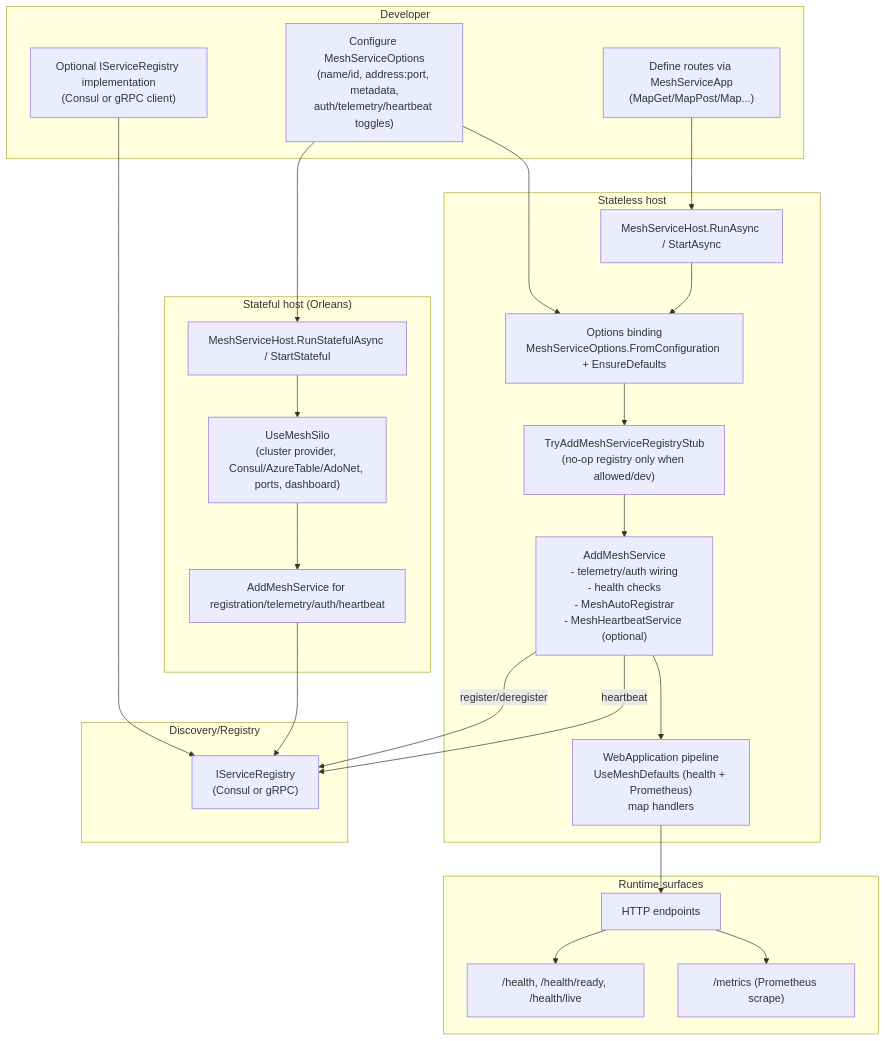
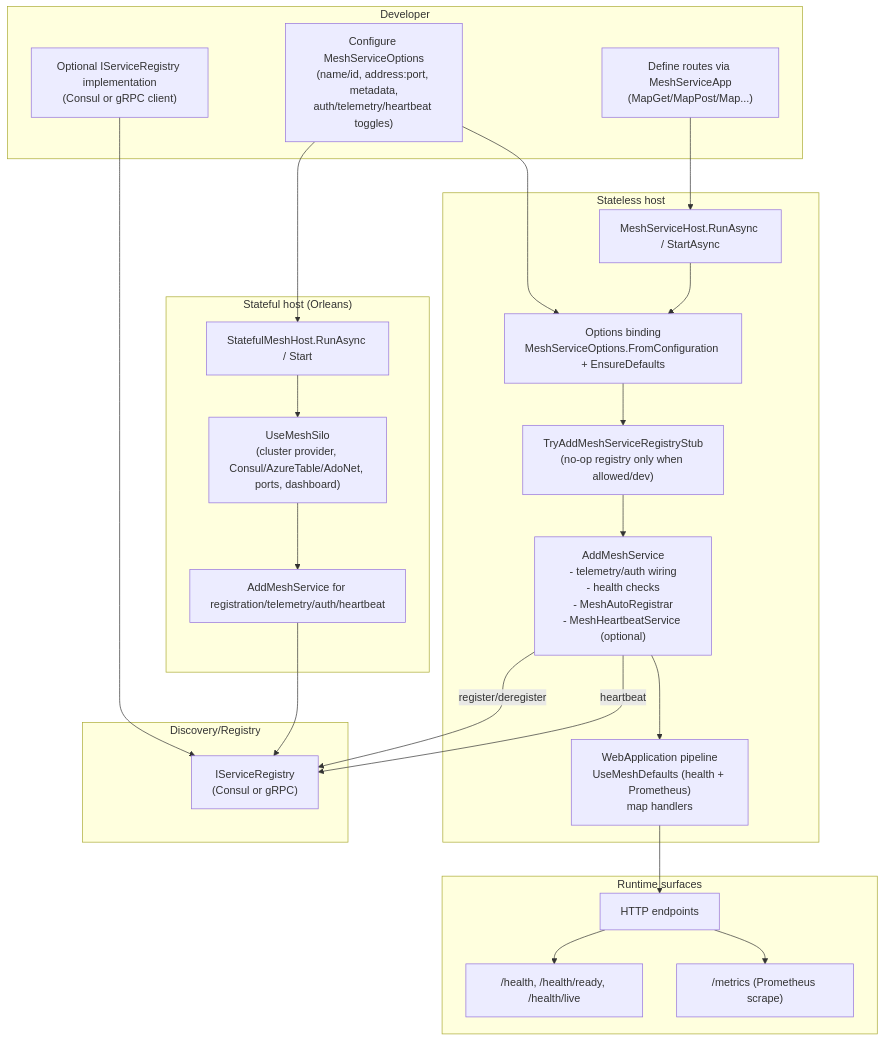
The diagram in docs/meshservicehost-diagram.md (abstractivemachines/toska-mesh-cs), drawn with Mermaid before and after one commit. The commit also changed 16 other files, not shown here.

````diff
--- a/docs/meshservicehost-diagram.md
+++ b/docs/meshservicehost-diagram.md
@@ -3,44 +3,44 @@
 ```mermaid
 flowchart TD
     subgraph Developer
         D1["Define routes via MeshServiceApp\n(MapGet/MapPost/Map...)"]
         D2["Configure MeshServiceOptions\n(name/id, address:port, metadata,\nauth/telemetry/heartbeat toggles)"]
         D3["Optional IServiceRegistry implementation\n(Consul or gRPC client)"]
     end
 
     subgraph "Stateless host"
         S1["MeshServiceHost.RunAsync / StartAsync"]
         S2["Options binding\nMeshServiceOptions.FromConfiguration + EnsureDefaults"]
         S3["TryAddMeshServiceRegistryStub\n(no-op registry only when allowed/dev)"]
         S4["AddMeshService\n- telemetry/auth wiring\n- health checks\n- MeshAutoRegistrar\n- MeshHeartbeatService (optional)"]
         S5["WebApplication pipeline\nUseMeshDefaults (health + Prometheus)\nmap handlers"]
     end
 
     subgraph "Stateful host (Orleans)"
-        T1["MeshServiceHost.RunStatefulAsync / StartStateful"]
+        T1["StatefulMeshHost.RunAsync / Start"]
         T2["UseMeshSilo\n(cluster provider, Consul/AzureTable/AdoNet, ports, dashboard)"]
         T3["AddMeshService for registration/telemetry/auth/heartbeat"]
     end
 
     subgraph "Runtime surfaces"
         R1["HTTP endpoints"]
         R2["/health, /health/ready, /health/live"]
         R3["/metrics (Prometheus scrape)"]
     end
 
     subgraph "Discovery/Registry"
         Reg["IServiceRegistry\n(Consul or gRPC)"]
     end
 
     D1 --> S1
     D2 --> S2
     D2 --> T1
     D3 --> Reg
     S1 --> S2 --> S3 --> S4 --> S5 --> R1
     T1 --> T2 --> T3
     R1 --> R2
     R1 --> R3
     S4 -->|register/deregister| Reg
     S4 -->|heartbeat| Reg
     T3 --> Reg
 ```
````
